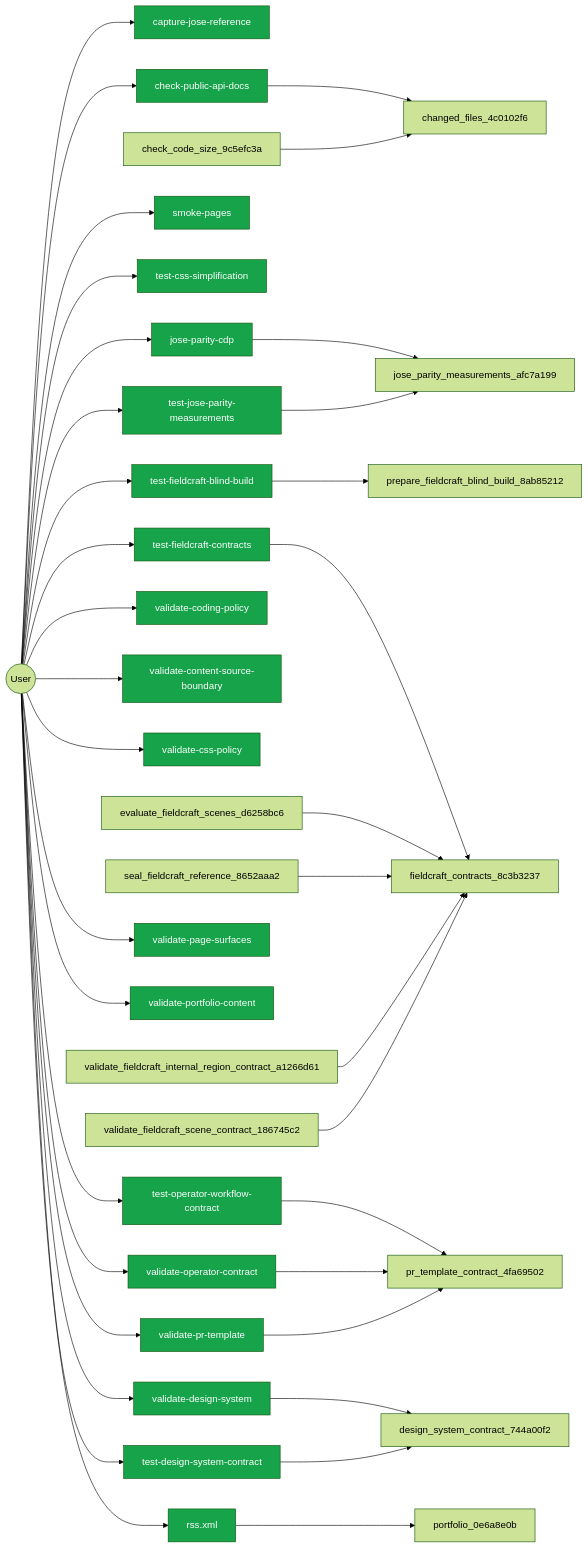
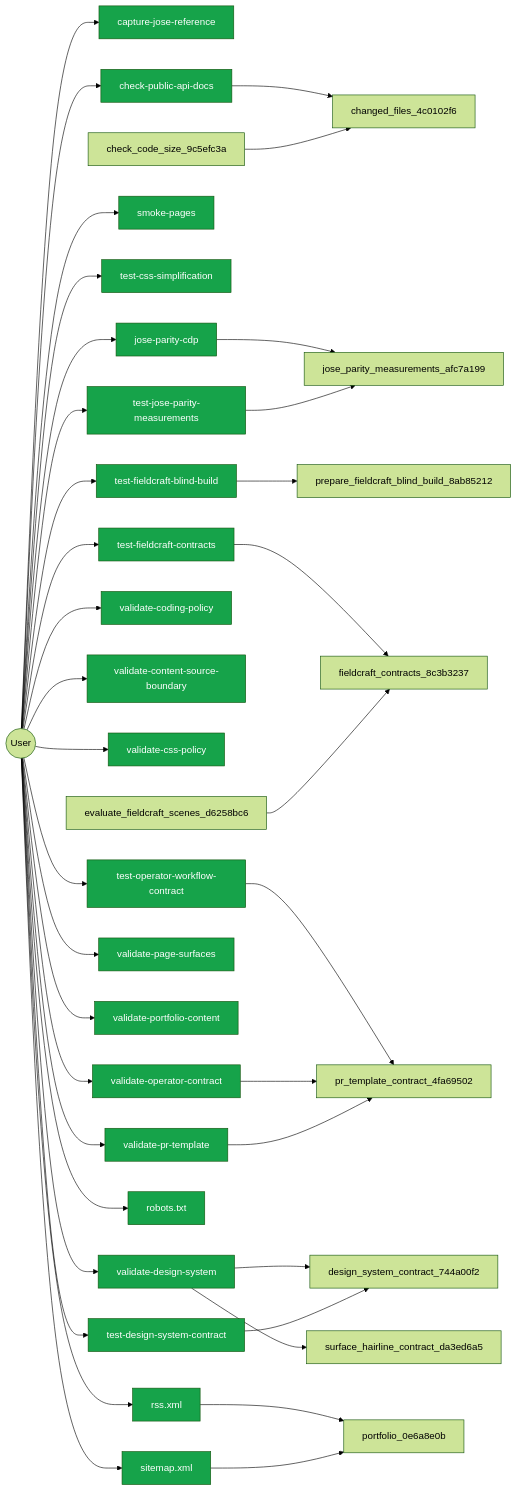
Before and after one commit to jscraik/websites: the diagram in .diagram/user.mmd, drawn with Mermaid (forest theme). The commit also changed 33 other files, not shown here.

First line of the commit message:
feat(portfolio): finish career-aligned release surfaces

```diff
--- a/.diagram/user.mmd
+++ b/.diagram/user.mmd
@@ -1,58 +1,61 @@
 flowchart LR
   User(("User"))
   capture_jose_reference_e7b66705["capture-jose-reference"]
   User --> capture_jose_reference_e7b66705
   check_public_api_docs_a9604f1b["check-public-api-docs"]
   User --> check_public_api_docs_a9604f1b
   jose_parity_cdp_bdcde21d["jose-parity-cdp"]
   User --> jose_parity_cdp_bdcde21d
   smoke_pages_9a92b30d["smoke-pages"]
   User --> smoke_pages_9a92b30d
   test_css_simplification_05516724["test-css-simplification"]
   User --> test_css_simplification_05516724
   test_fieldcraft_blind_build_ec0e094c["test-fieldcraft-blind-build"]
   User --> test_fieldcraft_blind_build_ec0e094c
   test_fieldcraft_contracts_82274efa["test-fieldcraft-contracts"]
   User --> test_fieldcraft_contracts_82274efa
   test_jose_parity_measurements_2477824f["test-jose-parity-measurements"]
   User --> test_jose_parity_measurements_2477824f
   test_operator_workflow_contract_b4a152d7["test-operator-workflow-contract"]
   User --> test_operator_workflow_contract_b4a152d7
   validate_coding_policy_29976175["validate-coding-policy"]
   User --> validate_coding_policy_29976175
   validate_content_source_boundary_8a6f121b["validate-content-source-boundary"]
   User --> validate_content_source_boundary_8a6f121b
   validate_css_policy_1c5ec854["validate-css-policy"]
   User --> validate_css_policy_1c5ec854
   validate_design_system_b8a5f37c["validate-design-system"]
   User --> validate_design_system_b8a5f37c
   validate_operator_contract_f777ed78["validate-operator-contract"]
   User --> validate_operator_contract_f777ed78
   validate_page_surfaces_078ef6b6["validate-page-surfaces"]
   User --> validate_page_surfaces_078ef6b6
   validate_portfolio_content_6d36990e["validate-portfolio-content"]
   User --> validate_portfolio_content_6d36990e
   validate_pr_template_1fc39e13["validate-pr-template"]
   User --> validate_pr_template_1fc39e13
   rss_xml_b85d02db["rss.xml"]
   User --> rss_xml_b85d02db
+  robots_txt_870b1fc1["robots.txt"]
+  User --> robots_txt_870b1fc1
+  sitemap_xml_ab094897["sitemap.xml"]
+  User --> sitemap_xml_ab094897
   check_public_api_docs_a9604f1b --> changed_files_4c0102f6
   jose_parity_cdp_bdcde21d --> jose_parity_measurements_afc7a199
   test_fieldcraft_blind_build_ec0e094c --> prepare_fieldcraft_blind_build_8ab85212
   test_fieldcraft_contracts_82274efa --> fieldcraft_contracts_8c3b3237
   test_jose_parity_measurements_2477824f --> jose_parity_measurements_afc7a199
   test_operator_workflow_contract_b4a152d7 --> pr_template_contract_4fa69502
   validate_design_system_b8a5f37c --> design_system_contract_744a00f2
+  validate_design_system_b8a5f37c --> surface_hairline_contract_da3ed6a5
   validate_operator_contract_f777ed78 --> pr_template_contract_4fa69502
   validate_pr_template_1fc39e13 --> pr_template_contract_4fa69502
   rss_xml_b85d02db --> portfolio_0e6a8e0b
+  sitemap_xml_ab094897 --> portfolio_0e6a8e0b
   check_code_size_9c5efc3a --> changed_files_4c0102f6
   evaluate_fieldcraft_scenes_d6258bc6 --> fieldcraft_contracts_8c3b3237
-  seal_fieldcraft_reference_8652aaa2 --> fieldcraft_contracts_8c3b3237
-  validate_fieldcraft_internal_region_contract_a1266d61 --> fieldcraft_contracts_8c3b3237
-  validate_fieldcraft_scene_contract_186745c2 --> fieldcraft_contracts_8c3b3237
   classDef userNode fill:#16a34a,color:#fff
   test_design_system_contract_2b5439cd["test-design-system-contract"]
   User --> test_design_system_contract_2b5439cd
   test_design_system_contract_2b5439cd --> design_system_contract_744a00f2
-  class capture_jose_reference_e7b66705,check_public_api_docs_a9604f1b,jose_parity_cdp_bdcde21d,smoke_pages_9a92b30d,test_css_simplification_05516724,test_fieldcraft_blind_build_ec0e094c,test_fieldcraft_contracts_82274efa,test_jose_parity_measurements_2477824f,test_operator_workflow_contract_b4a152d7,validate_coding_policy_29976175,validate_content_source_boundary_8a6f121b,validate_css_policy_1c5ec854,validate_design_system_b8a5f37c,validate_operator_contract_f777ed78,validate_page_surfaces_078ef6b6,validate_portfolio_content_6d36990e,validate_pr_template_1fc39e13,rss_xml_b85d02db,test_design_system_contract_2b5439cd userNode
+  class capture_jose_reference_e7b66705,check_public_api_docs_a9604f1b,jose_parity_cdp_bdcde21d,smoke_pages_9a92b30d,test_css_simplification_05516724,test_fieldcraft_blind_build_ec0e094c,test_fieldcraft_contracts_82274efa,test_jose_parity_measurements_2477824f,test_operator_workflow_contract_b4a152d7,validate_coding_policy_29976175,validate_content_source_boundary_8a6f121b,validate_css_policy_1c5ec854,validate_design_system_b8a5f37c,validate_operator_contract_f777ed78,validate_page_surfaces_078ef6b6,validate_portfolio_content_6d36990e,validate_pr_template_1fc39e13,rss_xml_b85d02db,robots_txt_870b1fc1,sitemap_xml_ab094897,test_design_system_contract_2b5439cd userNode
```
